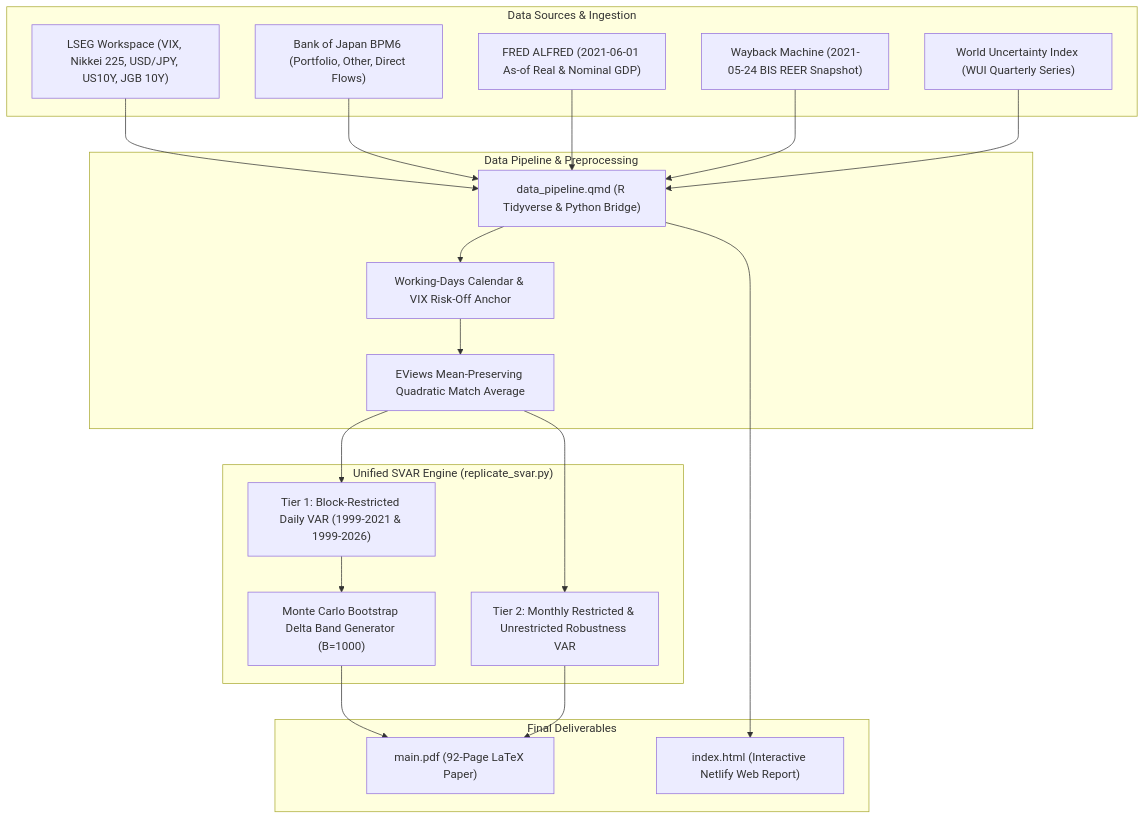
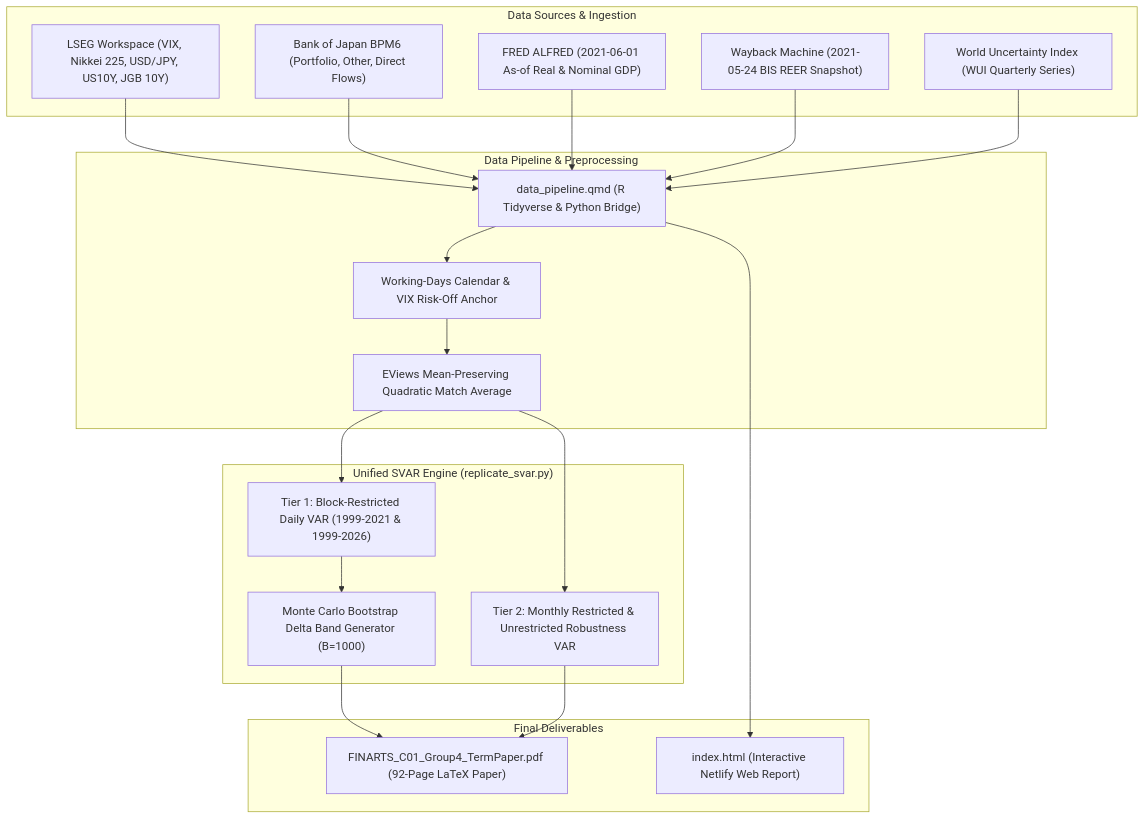
The diagram in README.md (sakudiff/FINARTS_FINAL-PAPER), drawn with Mermaid before and after one commit. The commit also changed other lines of this file and 2 other files, not shown here.

Commit message:
build(submission): install renamed paper with group identifier

````diff
--- a/README.md
+++ b/README.md
@@ -67,43 +67,43 @@
 ```mermaid
 flowchart TD
     subgraph Ingestion ["Data Sources & Ingestion"]
         LSEG["LSEG Workspace (VIX, Nikkei 225, USD/JPY, US10Y, JGB 10Y)"]
         BOJ["Bank of Japan BPM6 (Portfolio, Other, Direct Flows)"]
         FRED["FRED ALFRED (2021-06-01 As-of Real & Nominal GDP)"]
         BIS["Wayback Machine (2021-05-24 BIS REER Snapshot)"]
         WUI["World Uncertainty Index (WUI Quarterly Series)"]
     end
 
     subgraph Preprocessing ["Data Pipeline & Preprocessing"]
         QMD["data_pipeline.qmd (R Tidyverse & Python Bridge)"]
         Clean["Working-Days Calendar & VIX Risk-Off Anchor"]
         Interp["EViews Mean-Preserving Quadratic Match Average"]
     end
 
     subgraph Econometrics ["Unified SVAR Engine (replicate_svar.py)"]
         Restricted["Tier 1: Block-Restricted Daily VAR (1999-2021 & 1999-2026)"]
         Unrestricted["Tier 2: Monthly Restricted & Unrestricted Robustness VAR"]
         Bootstrap["Monte Carlo Bootstrap Delta Band Generator (B=1000)"]
     end
 
     subgraph Deliverables ["Final Deliverables"]
-        PDF["main.pdf (92-Page LaTeX Paper)"]
+        PDF["FINARTS_C01_Group4_TermPaper.pdf (92-Page LaTeX Paper)"]
         HTML["index.html (Interactive Netlify Web Report)"]
     end
 
     LSEG --> QMD
     BOJ --> QMD
     FRED --> QMD
     BIS --> QMD
     WUI --> QMD
 
     QMD --> Clean
     Clean --> Interp
     Interp --> Restricted
     Interp --> Unrestricted
     Restricted --> Bootstrap
 
     Bootstrap --> PDF
     Unrestricted --> PDF
     QMD --> HTML
 ```
````
